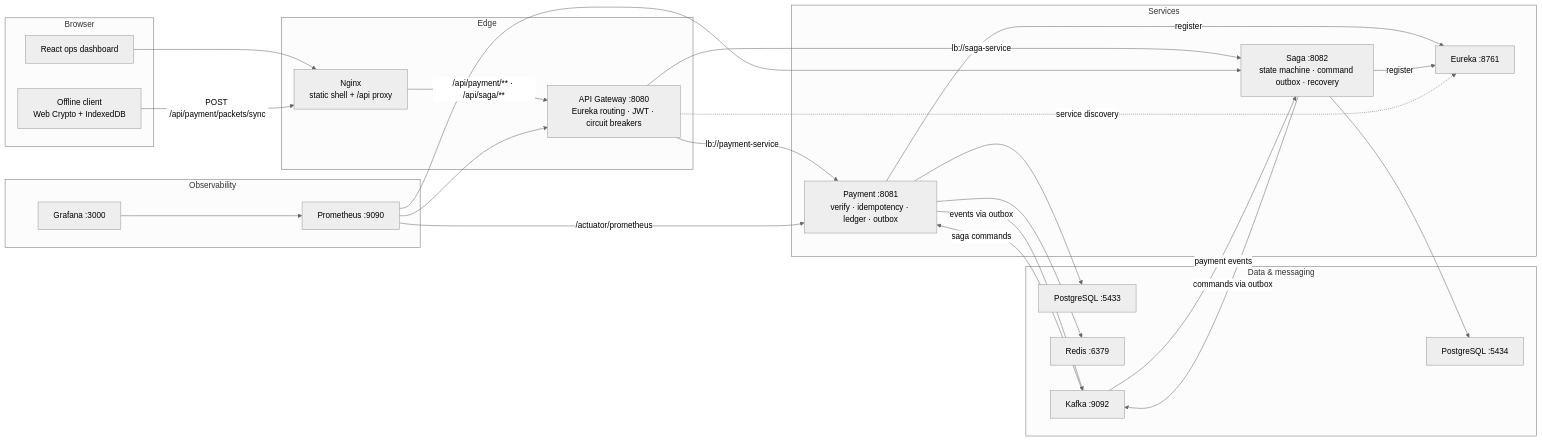
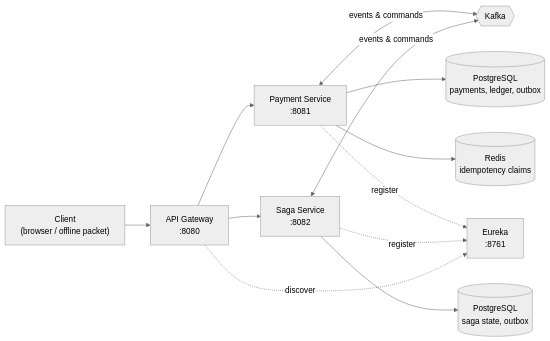
The first of 2 diagrams in README.md (aryangaikwad-966/MeshPay-Offline-First-Distributed-Payment-Engine), drawn with Mermaid (neutral theme) before and after one commit. The commit also changed other lines of this file, not shown here.

Commit message:
updation of readme.md

````diff
--- a/README.md
+++ b/README.md
@@ -39,51 +41,14 @@
 ```mermaid
 flowchart LR
-    subgraph CLIENT["Browser"]
-        UI["React ops dashboard"]
-        OC["Offline client<br/>Web Crypto + IndexedDB"]
-    end
-
-    subgraph EDGE["Edge"]
-        NGINX["Nginx<br/>static shell + /api proxy"]
-        GW["API Gateway :8080<br/>Eureka routing · JWT · circuit breakers"]
-    end
-
-    subgraph SERVICES["Services"]
-        PAY["Payment :8081<br/>verify · idempotency · ledger · outbox"]
-        SAG["Saga :8082<br/>state machine · command outbox · recovery"]
-        EUREKA["Eureka :8761"]
-    end
-
-    subgraph DATA["Data & messaging"]
-        PDB["PostgreSQL :5433"]
-        SDB["PostgreSQL :5434"]
-        REDIS["Redis :6379"]
-        KAFKA["Kafka :9092"]
-    end
-
-    subgraph OPS["Observability"]
-        PROM["Prometheus :9090"]
-        GRAF["Grafana :3000"]
-    end
-
-    UI --> NGINX
-    OC -->|"POST /api/payment/packets/sync"| NGINX
-    NGINX -->|"/api/payment/** · /api/saga/**"| GW
-    GW -->|"lb://payment-service"| PAY
-    GW -->|"lb://saga-service"| SAG
-    PAY & SAG -->|register| EUREKA
-    GW -.service discovery.-> EUREKA
-
-    PAY --> REDIS
-    PAY --> PDB
-    SAG --> SDB
-    PAY -->|"events via outbox"| KAFKA
-    SAG -->|"commands via outbox"| KAFKA
-    KAFKA -->|"payment events"| SAG
-    KAFKA -->|"saga commands"| PAY
-
-    PROM -->|"/actuator/prometheus"| PAY
-    PROM --> SAG
-    PROM --> GW
-    GRAF --> PROM
+    A["Client<br/>(browser / offline packet)"] --> B["API Gateway<br/>:8080"]
+    B --> C["Payment Service<br/>:8081"]
+    B --> D["Saga Service<br/>:8082"]
+    C <-->|"events & commands"| K{{"Kafka"}}
+    D <-->|"events & commands"| K
+    C --> E[("PostgreSQL<br/>payments, ledger, outbox")]
+    C --> F[("Redis<br/>idempotency claims")]
+    D --> G[("PostgreSQL<br/>saga state, outbox")]
+    C -.->|register| H["Eureka<br/>:8761"]
+    D -.->|register| H
+    B -.->|discover| H
 ```
````
